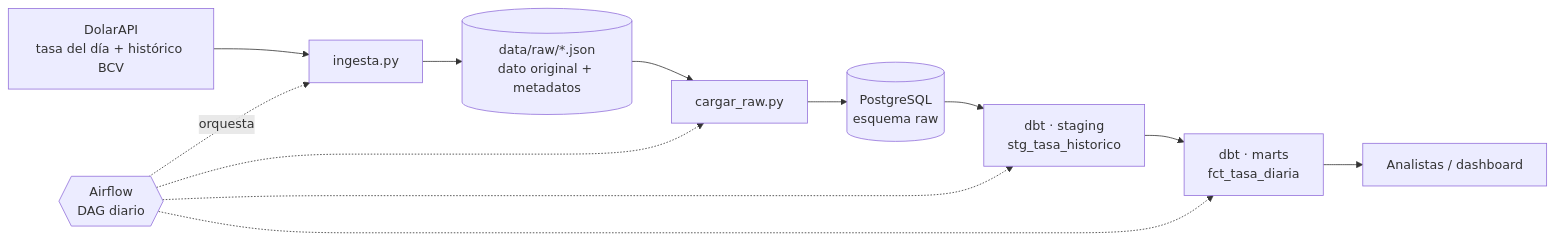
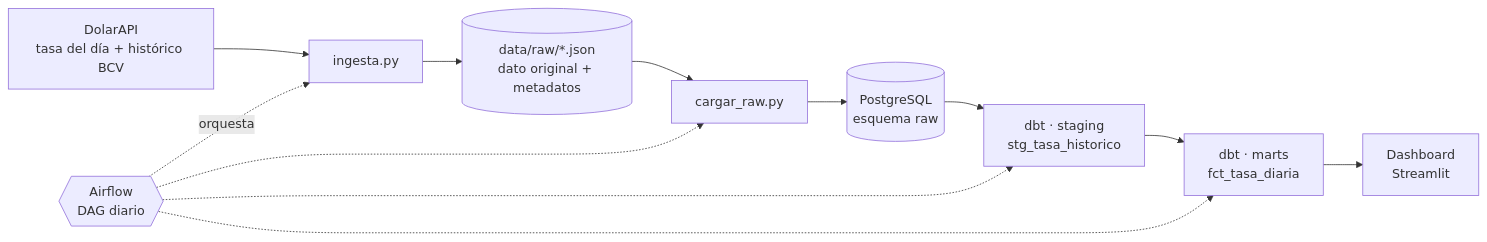
One commit to Johiner17/pipeline-tasas-ve changed the diagram in README.md. Above: the diagram before and after it, drawn with Mermaid. The commit also changed other lines of this file and 5 other files, not shown here.

First line of the commit message:
Dashboard con Streamlit y captura en el README

````diff
--- a/README.md
+++ b/README.md
@@ -13,14 +13,14 @@
 ```mermaid
 flowchart LR
     A["DolarAPI<br/>tasa del día + histórico BCV"] --> B["ingesta.py"]
     B --> C[("data/raw/*.json<br/>dato original + metadatos")]
     C --> D["cargar_raw.py"]
     D --> E[("PostgreSQL<br/>esquema raw")]
     E --> F["dbt · staging<br/>stg_tasa_historico"]
     F --> G["dbt · marts<br/>fct_tasa_diaria"]
-    G --> H["Analistas / dashboard"]
+    G --> H["Dashboard<br/>Streamlit"]
     I{{"Airflow<br/>DAG diario"}} -. orquesta .-> B
     I -.-> D
     I -.-> F
     I -.-> G
 ```
````
